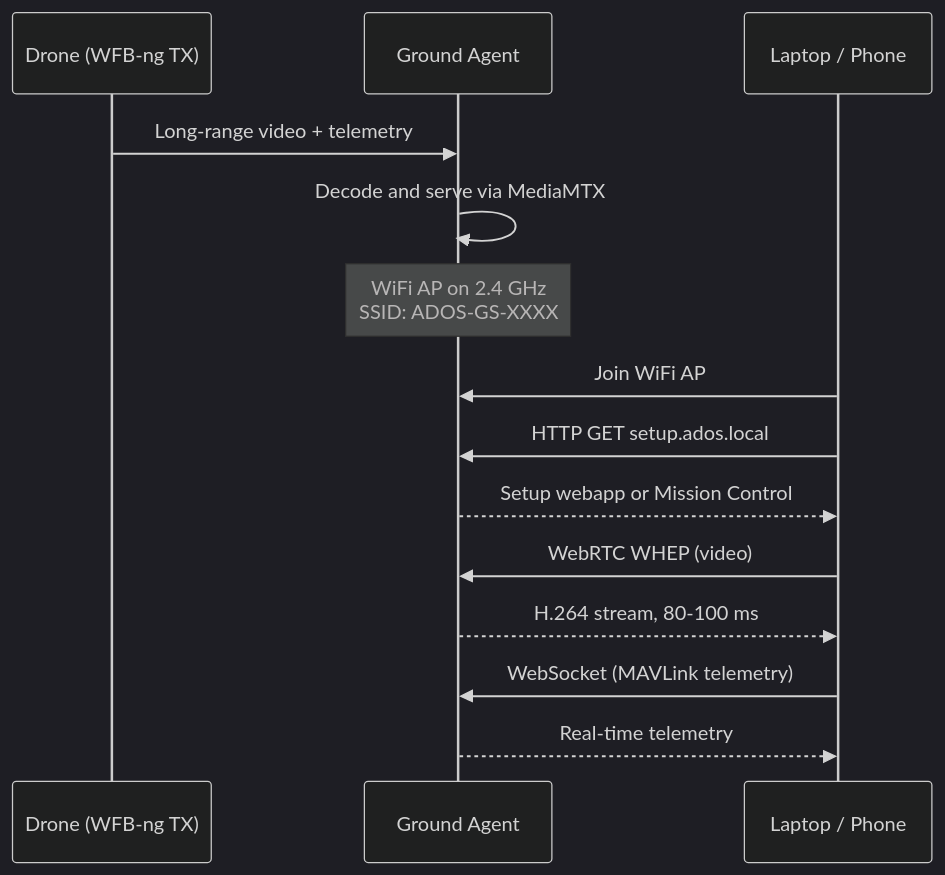
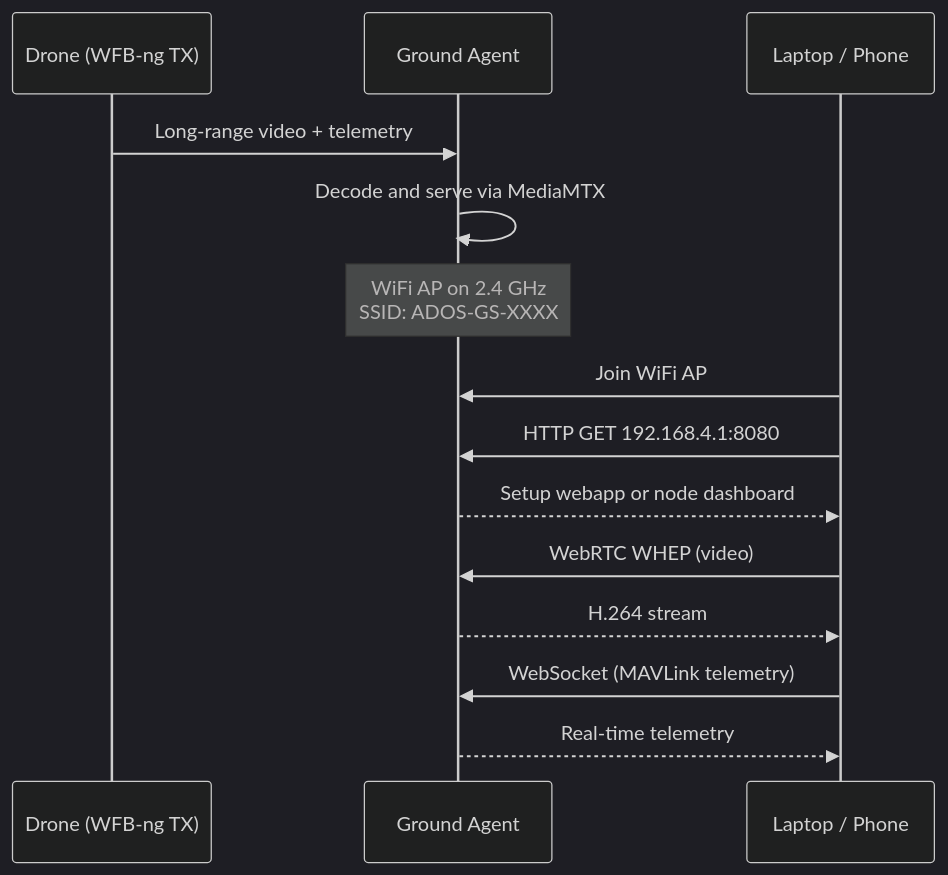
Before and after one commit to altnautica/Documentation: the diagram in ground-agent/wifi-ap.mdx, drawn with Mermaid. The commit also changed other lines of this file and 78 other files, not shown here.

````diff
--- a/ground-agent/wifi-ap.mdx
+++ b/ground-agent/wifi-ap.mdx
@@ -14,18 +14,18 @@
 ```mermaid
 %%{init: {'theme': 'dark'}}%%
 sequenceDiagram
     participant Drone as Drone (WFB-ng TX)
     participant GS as Ground Agent
     participant Laptop as Laptop / Phone
 
     Drone->>GS: Long-range video + telemetry
     GS->>GS: Decode and serve via MediaMTX
     Note over GS: WiFi AP on 2.4 GHz<br/>SSID: ADOS-GS-XXXX
     Laptop->>GS: Join WiFi AP
-    Laptop->>GS: HTTP GET setup.ados.local
-    GS-->>Laptop: Setup webapp or Mission Control
+    Laptop->>GS: HTTP GET 192.168.4.1:8080
+    GS-->>Laptop: Setup webapp or node dashboard
     Laptop->>GS: WebRTC WHEP (video)
-    GS-->>Laptop: H.264 stream, 80-100 ms
+    GS-->>Laptop: H.264 stream
     Laptop->>GS: WebSocket (MAVLink telemetry)
     GS-->>Laptop: Real-time telemetry
 ```
````
